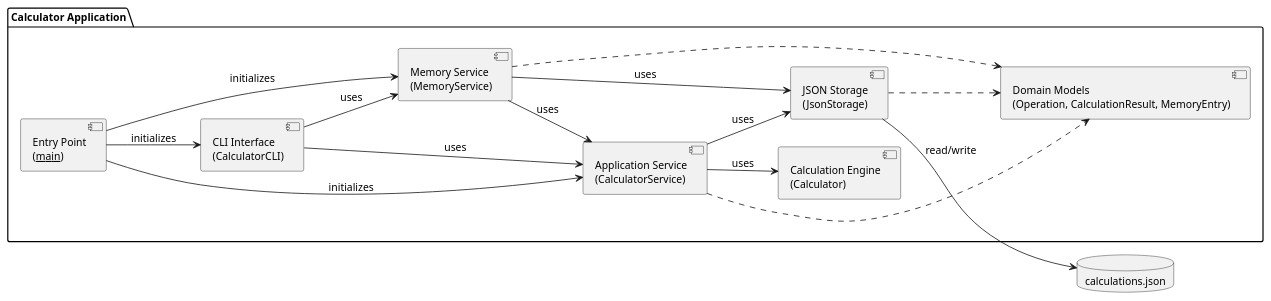
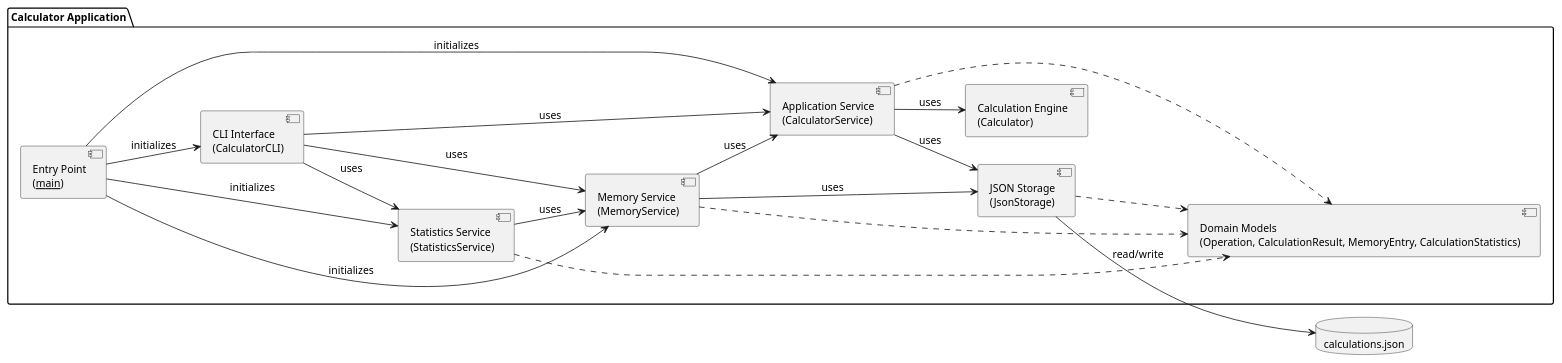
Before and after one commit to DanielRiha8906/Software_autoevolution_using_agents: the diagram in experiments/supervisor_as_tools/user_stories/calculator/artifacts/component_diagram.puml, drawn with PlantUML. The commit also changed 14 other files, not shown here.

```diff
--- a/experiments/supervisor_as_tools/user_stories/calculator/artifacts/component_diagram.puml
+++ b/experiments/supervisor_as_tools/user_stories/calculator/artifacts/component_diagram.puml
@@ -1,37 +1,42 @@
 @startuml component_diagram
 
 skinparam componentStyle uml2
 skinparam defaultFontSize 13
 left to right direction
 
 package "Calculator Application" {
 
     component "Entry Point\n(__main__)" as Main
     component "CLI Interface\n(CalculatorCLI)" as CLI
     component "Application Service\n(CalculatorService)" as Service
     component "Memory Service\n(MemoryService)" as MemService
+    component "Statistics Service\n(StatisticsService)" as StatService
     component "Calculation Engine\n(Calculator)" as Calc
     component "JSON Storage\n(JsonStorage)" as Store
-    component "Domain Models\n(Operation, CalculationResult, MemoryEntry)" as Models
+    component "Domain Models\n(Operation, CalculationResult, MemoryEntry, CalculationStatistics)" as Models
 
     Main --> CLI : initializes
     Main --> Service : initializes
     Main --> MemService : initializes
+    Main --> StatService : initializes
 
     CLI --> Service : uses
     CLI --> MemService : uses
+    CLI --> StatService : uses
     Service --> Calc : uses
     Service --> Store : uses
     MemService --> Service : uses
     MemService --> Store : uses
+    StatService --> MemService : uses
 
     Service ..> Models
     MemService ..> Models
+    StatService ..> Models
     Store ..> Models
 }
 
 database "calculations.json" as DB
 
 Store --> DB : read/write
 
 @enduml
```
